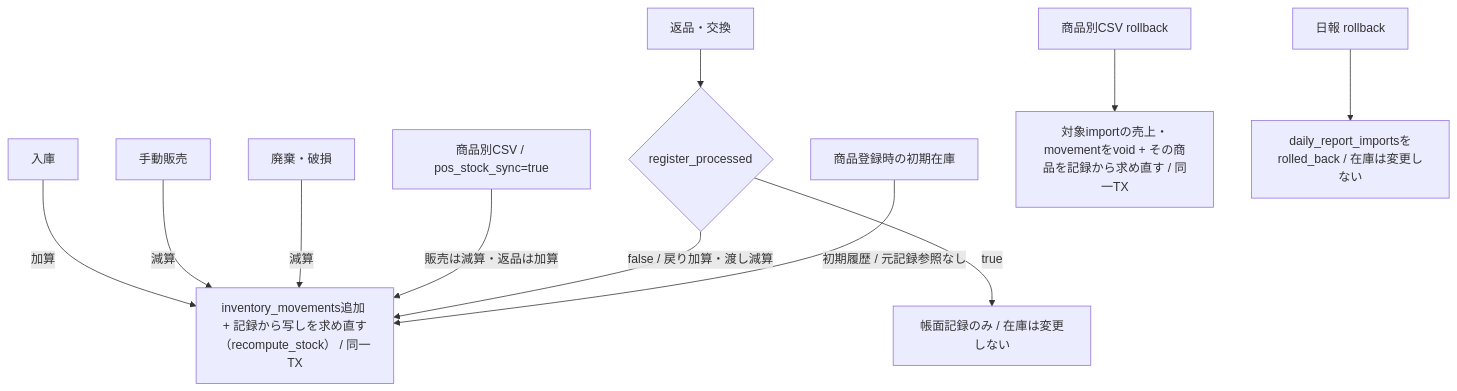
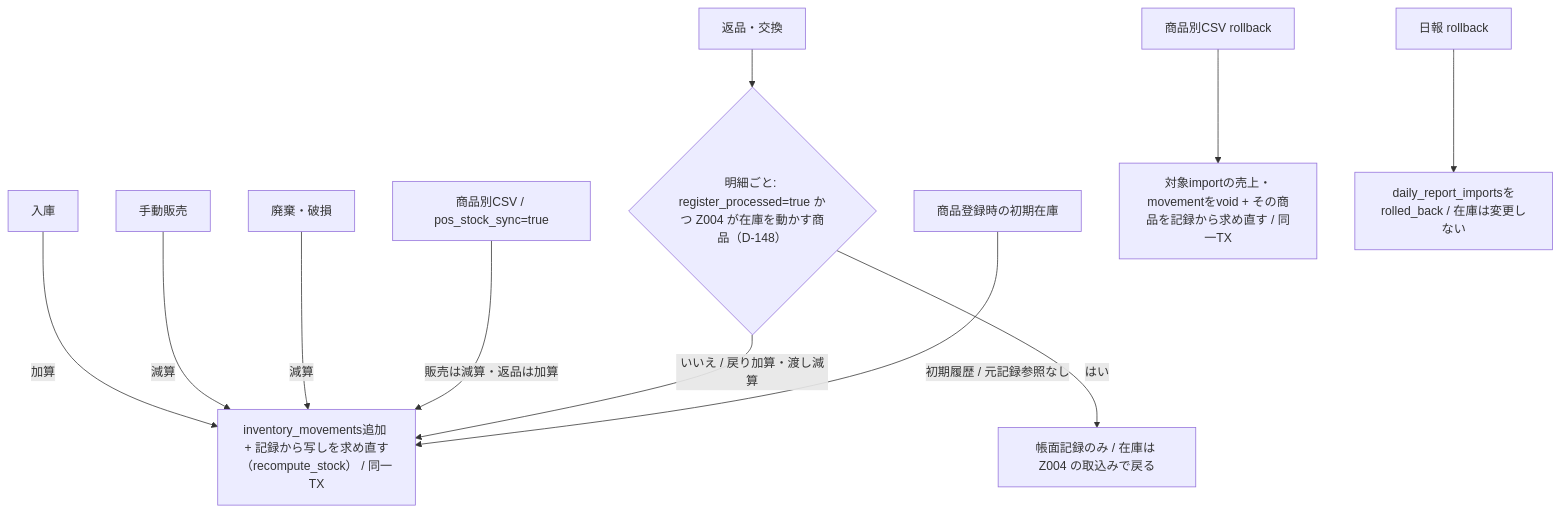
One commit to higekiri-w/inventory-system-desktop changed the fifth of 7 diagrams in docs/diagrams/current-system.md. Above: the diagram before and after it, drawn with Mermaid. The commit also changed 41 other files, not shown here.

````diff
--- a/docs/diagrams/current-system.md
+++ b/docs/diagrams/current-system.md
@@ -175,13 +175,13 @@
 ```mermaid
 flowchart TB
   RECEIVE[入庫] -->|加算| CHANGE[inventory_movements追加 + 記録から写しを求め直す（recompute_stock） / 同一TX]
   MANUAL[手動販売] -->|減算| CHANGE
   DISPOSAL[廃棄・破損] -->|減算| CHANGE
   Z4[商品別CSV / pos_stock_sync=true] -->|販売は減算・返品は加算| CHANGE
-  RETURN[返品・交換] --> REG{register_processed}
-  REG -->|false / 戻り加算・渡し減算| CHANGE
-  REG -->|true| KEEP[帳面記録のみ / 在庫は変更しない]
+  RETURN[返品・交換] --> REG{明細ごと: register_processed=true かつ Z004 が在庫を動かす商品（D-148）}
+  REG -->|いいえ / 戻り加算・渡し減算| CHANGE
+  REG -->|はい| KEEP[帳面記録のみ / 在庫は Z004 の取込みで戻る]
   INITIAL[商品登録時の初期在庫] -->|初期履歴 / 元記録参照なし| CHANGE
   ROLLBACK[商品別CSV rollback] --> VOID[対象importの売上・movementをvoid + その商品を記録から求め直す / 同一TX]
   DAILY[日報 rollback] --> LOGICAL[daily_report_importsをrolled_back / 在庫は変更しない]
 ```
````
